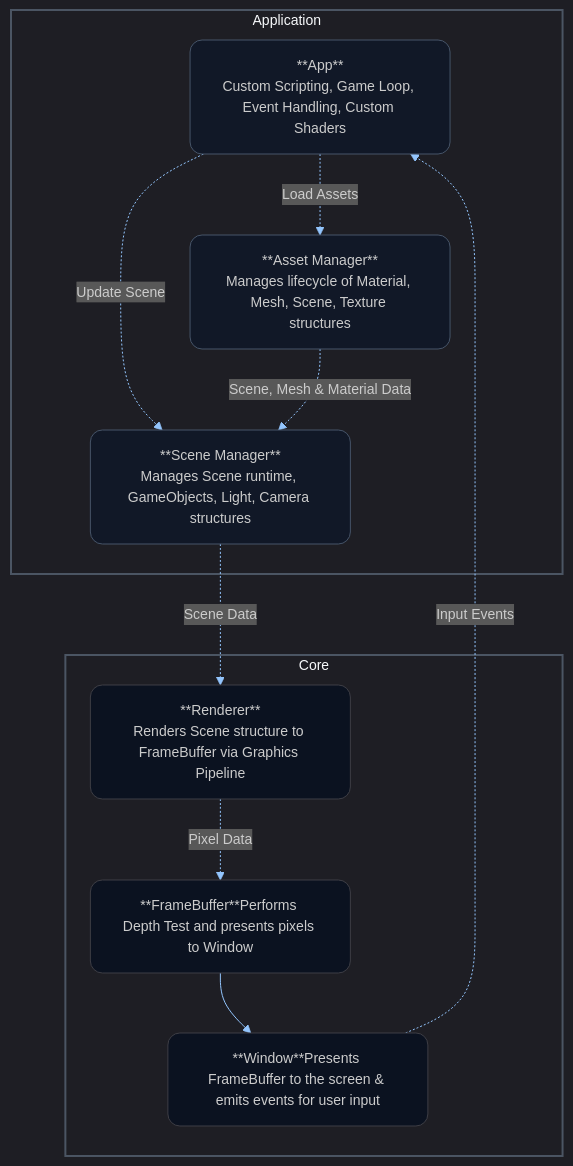
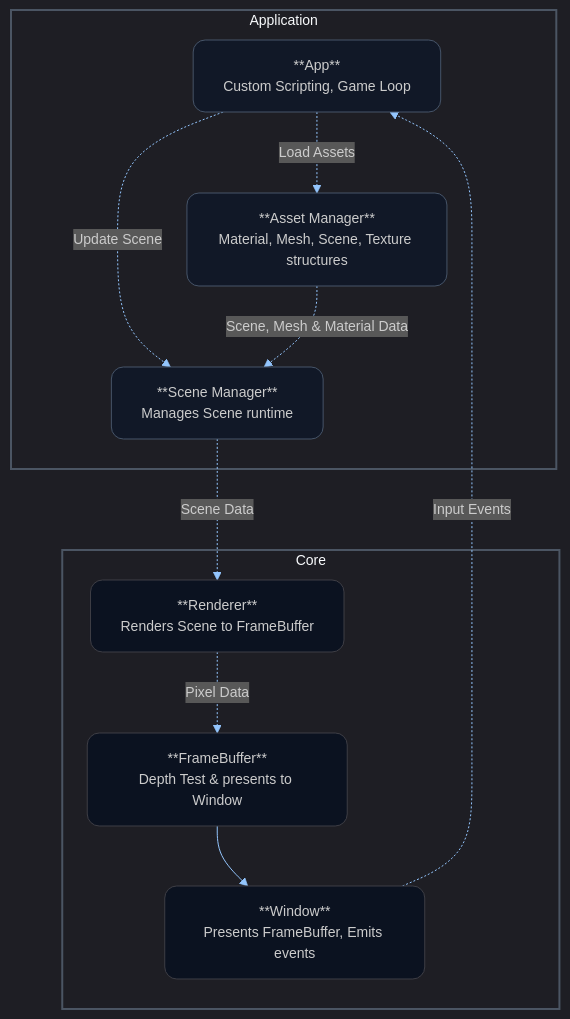
Before and after one commit to tommiedevelops/cpu-graphics-engine: the diagram in README.md, drawn with Mermaid.

Commit message:
minor changes to data flow diagram

````diff
--- a/README.md
+++ b/README.md
@@ -21,59 +21,59 @@
 ```mermaid
 %%{init: {
   "theme": "dark",
   "themeVariables": {
     "primaryColor": "#1f2937",
     "primaryTextColor": "#e5e7eb",
     "primaryBorderColor": "#4b5563",
     "lineColor": "#93c5fd",
     "tertiaryColor": "#0b1220",
     "fontFamily": "Inter, Roboto, Segoe UI, Helvetica, Arial",
     "fontSize": "14px"
   },
   "flowchart": { "curve": "basis", "nodeSpacing": 30, "rankSpacing": 60 }
 } }%%
 
 flowchart TD
 
-APP["**App**</br>Custom Scripting, Game Loop, Event Handling, Custom Shaders"]
+APP["**App**</br>Custom Scripting, Game Loop"]
 
-SM["**Scene Manager**</br>Manages Scene runtime, GameObjects, Light, Camera structures"]
+SM["**Scene Manager**</br>Manages Scene runtime"]
 
-AM["**Asset Manager**</br>Manages lifecycle of Material, Mesh, Scene, Texture structures"]
+AM["**Asset Manager**</br>Material, Mesh, Scene, Texture structures"]
 
-R["**Renderer**</br>Renders Scene structure to FrameBuffer via Graphics Pipeline"]
+R["**Renderer**</br>Renders Scene to FrameBuffer"]
 
-F["**FrameBuffer**Performs Depth Test and presents pixels to Window"]
+F["**FrameBuffer**</br>Depth Test & presents to Window"]
 
-W["**Window**Presents FrameBuffer to the screen & emits events for user input"]
+W["**Window**</br>Presents FrameBuffer, Emits events"]
 
 APP -.Update Scene.-> SM
 APP -.Load Assets.-> AM
 AM -.Scene, Mesh & Material Data.-> SM
 SM -.Scene Data.-> R
 R -.Pixel Data.-> F
 F --> W
 W -.Input Events.->APP
 
 %% ===== STYLES =====
 classDef group fill:#0f172a,stroke:#4b5563,stroke-width:1px,rx:10,ry:10;
 classDef Application fill:#111827,stroke:#475569,stroke-width:1px,rx:12,ry:12;
 classDef Core fill:#0b1220,stroke:#3f3f46,stroke-width:1px,rx:12,ry:12;
 
 class APP,AM,SM Application;
 class R,F,W Core;	
 
 subgraph Application
 	SM
 	AM
 	APP
 end 
 
 subgraph Core
 	R
 	W
 	F
 end 
     style Application fill:transparent,stroke:#4b5563,stroke-width:2px,color:#f8fafc
     style Core fill:transparent,stroke:#4b5563,stroke-width:2px,color:#f8fafc
 ```
````
